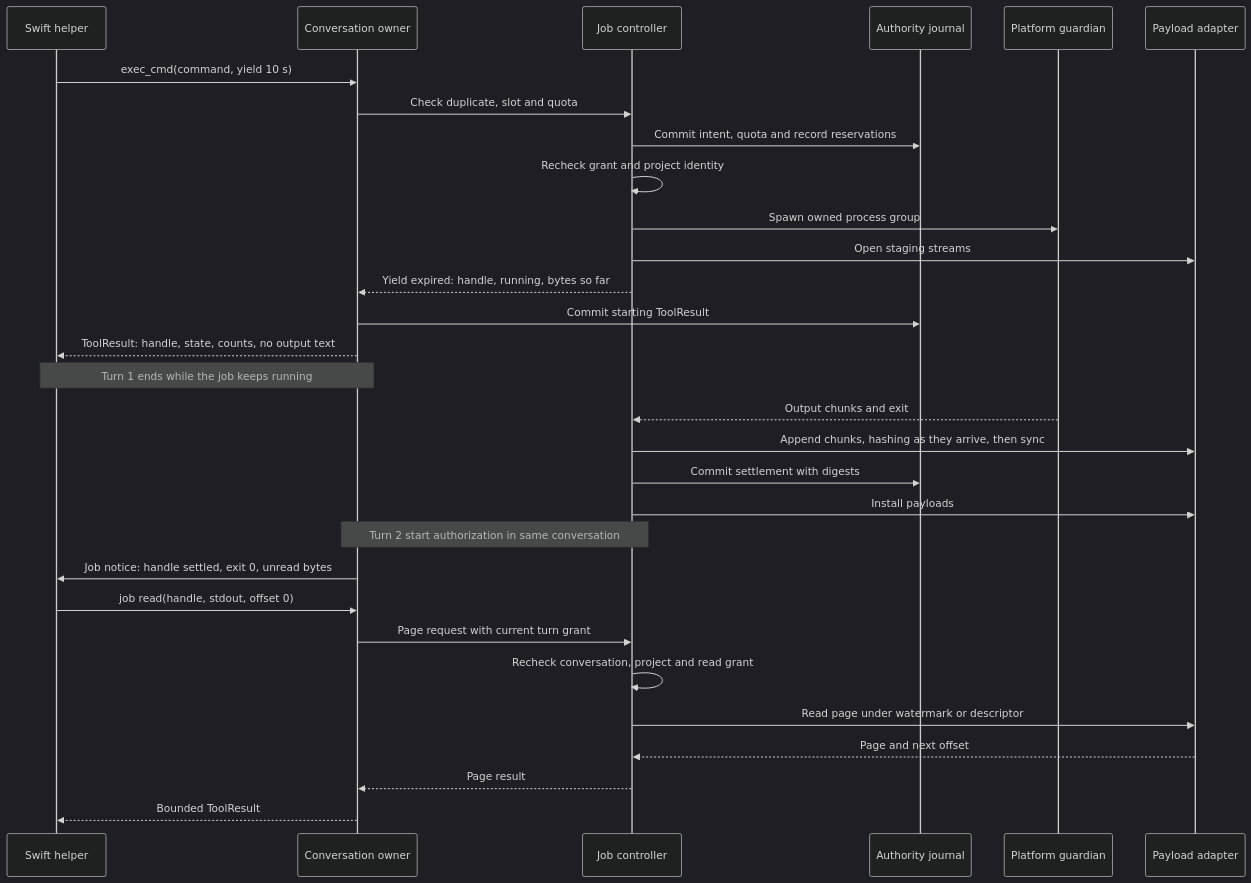
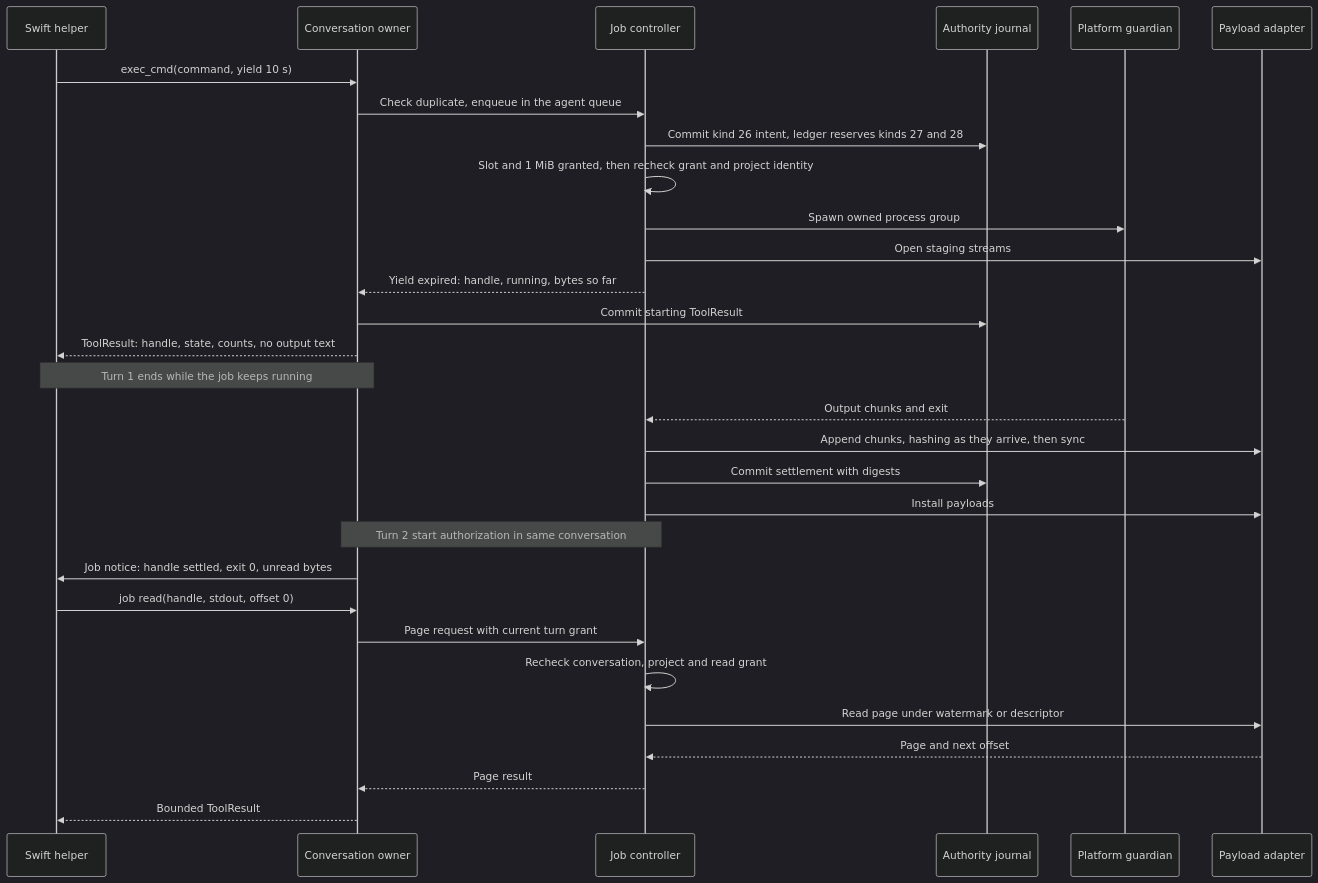
One commit to pidster/asura changed the second of 15 diagrams in docs/designs/tool-job-controller.md. Above: the diagram before and after it, drawn with Mermaid (dark theme). The commit also changed other lines of this file and 11 other files, not shown here.

````diff
--- a/docs/designs/tool-job-controller.md
+++ b/docs/designs/tool-job-controller.md
@@ -343,32 +364,32 @@
 ```mermaid
 sequenceDiagram
     participant M as Swift helper
     participant C as Conversation owner
     participant K as Job controller
     participant J as Authority journal
     participant G as Platform guardian
     participant S as Payload adapter
     M->>C: exec_cmd(command, yield 10 s)
-    C->>K: Check duplicate, slot and quota
-    K->>J: Commit intent, quota and record reservations
-    K->>K: Recheck grant and project identity
+    C->>K: Check duplicate, enqueue in the agent queue
+    K->>J: Commit kind 26 intent, ledger reserves kinds 27 and 28
+    K->>K: Slot and 1 MiB granted, then recheck grant and project identity
     K->>G: Spawn owned process group
     K->>S: Open staging streams
     K-->>C: Yield expired: handle, running, bytes so far
     C->>J: Commit starting ToolResult
     C-->>M: ToolResult: handle, state, counts, no output text
     Note over M,C: Turn 1 ends while the job keeps running
     G-->>K: Output chunks and exit
     K->>S: Append chunks, hashing as they arrive, then sync
     K->>J: Commit settlement with digests
     K->>S: Install payloads
     Note over C,K: Turn 2 start authorization in same conversation
     C->>M: Job notice: handle settled, exit 0, unread bytes
     M->>C: job read(handle, stdout, offset 0)
     C->>K: Page request with current turn grant
     K->>K: Recheck conversation, project and read grant
     K->>S: Read page under watermark or descriptor
     S-->>K: Page and next offset
     K-->>C: Page result
     C-->>M: Bounded ToolResult
 ```
````
